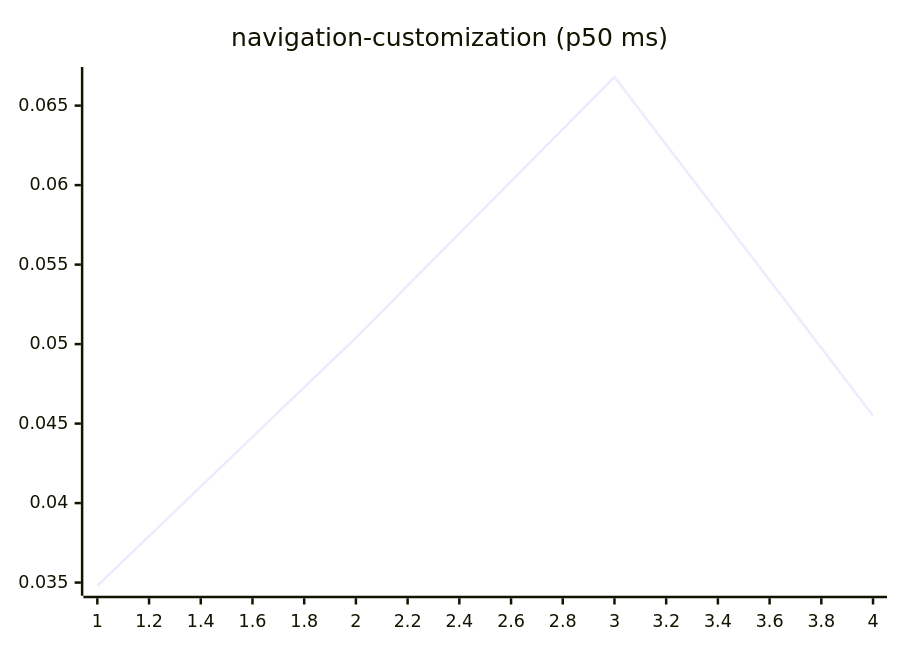
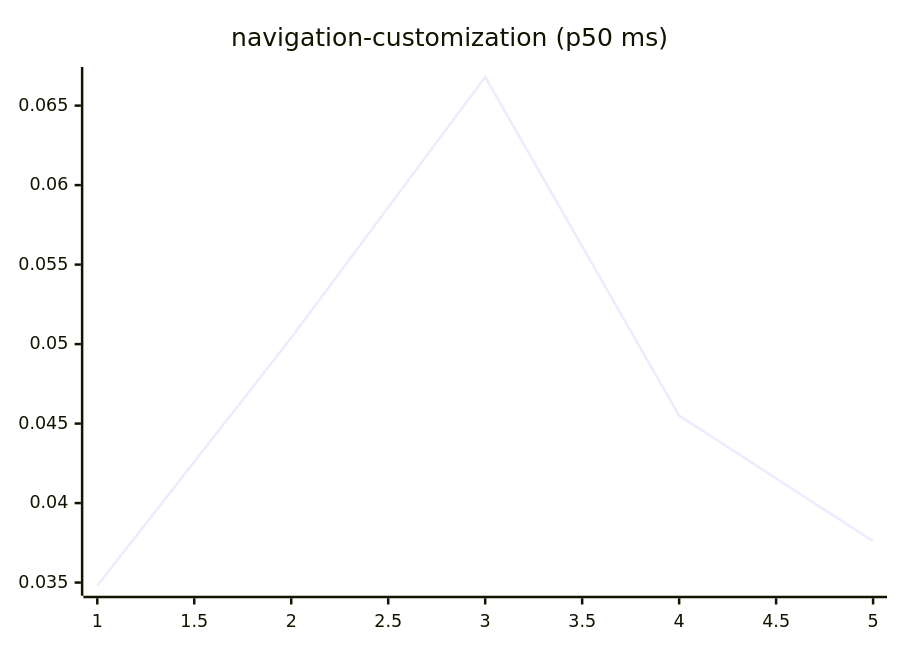
Before and after one commit to josha/Facet: diagram 15 of 27 in README.md, drawn with Mermaid. The commit also changed other lines of this file and 2 other files, not shown here.

````diff
--- a/README.md
+++ b/README.md
@@ -161,6 +161,6 @@
 ```mermaid
 xychart-beta
     title "navigation-customization (p50 ms)"
-    x-axis 1 --> 4
-    line [0.0348, 0.0504, 0.0668, 0.0455]
+    x-axis 1 --> 5
+    line [0.0348, 0.0504, 0.0668, 0.0455, 0.0376]
 ```
````
